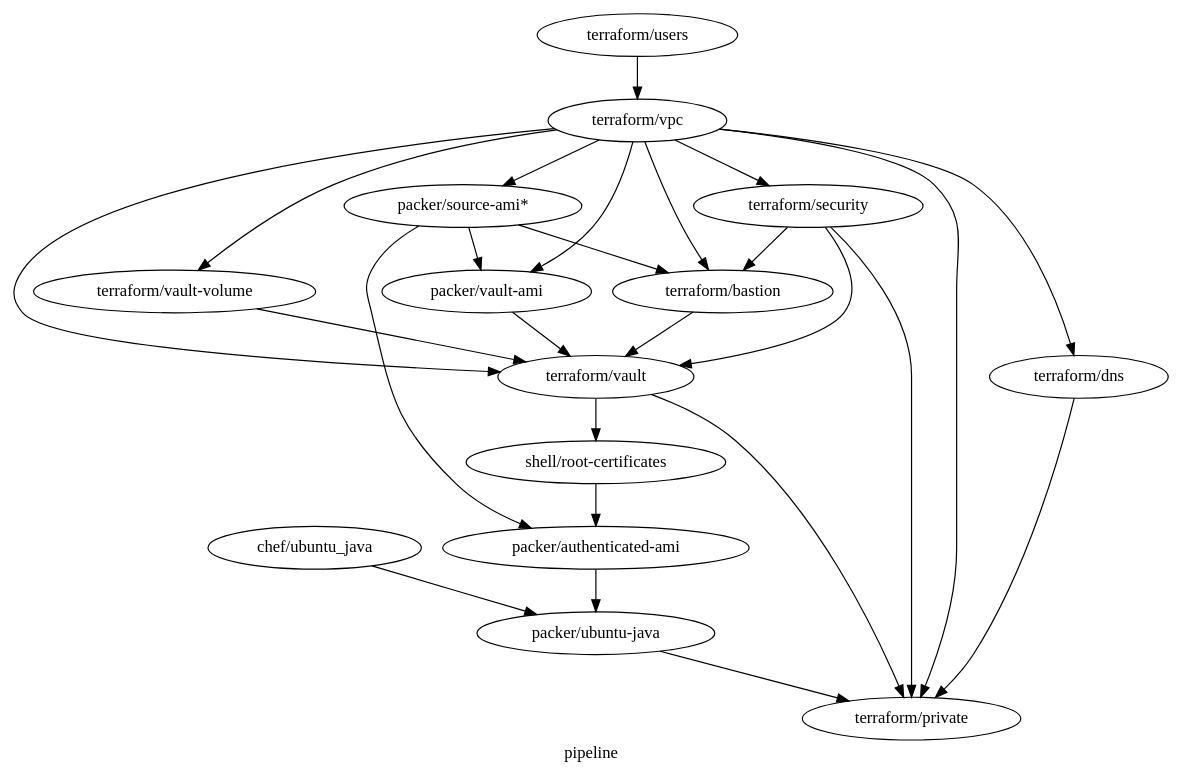
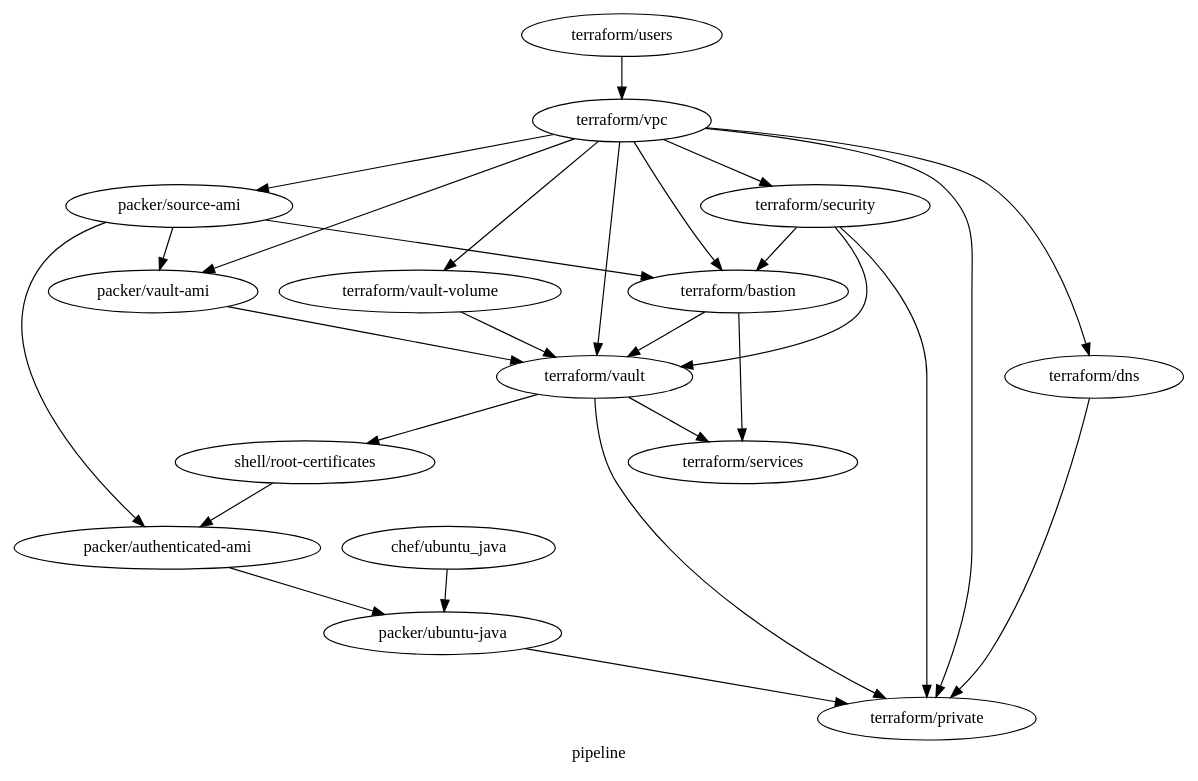
One commit to samsquire/mazzle-starter changed the diagram in architecture.dot. Above: the diagram before and after it, drawn with Graphviz. The commit also changed 16 other files, not shown here.

```diff
--- a/architecture.dot
+++ b/architecture.dot
@@ -1,70 +1,73 @@
 digraph G {
   label="pipeline";
 
 /* List your components */  
 "chef/ubuntu_java";
-"packer/source-ami*";
+"packer/source-ami";
 "packer/ubuntu-java";
 "terraform/vpc";
 "terraform/users";
 "terraform/bastion";
  "terraform/private"; 
 /* "terraform/repository"; */
 /* "terraform/repository-volume"; */
 "packer/vault-ami";
 "terraform/vault";
 "terraform/security";
+"terraform/services";
 "terraform/dns";
 "shell/root-certificates";
 "packer/authenticated-ami";
 
 /* List dependencies */
-"packer/source-ami*" -> "terraform/bastion";
+"packer/source-ami" -> "terraform/bastion";
 
 /* "terraform/vpc" -> "terraform/repository"; */
 /* "terraform/dns" -> "terraform/repository"; */
 /* "terraform/security" -> "terraform/repository"; */
 /* "terraform/repository" -> "packer/source-ami"; */
 
 "terraform/vpc" -> "terraform/dns";
  "terraform/vault" -> "terraform/private";
 /* "terraform/vpc" -> "terraform/repository-volume"; */
 /* "terraform/repository-volume" -> "terraform/repository"; */
 
+"terraform/vault" -> "terraform/services";
+"terraform/bastion" -> "terraform/services";
 
 "terraform/vpc" -> "terraform/vault-volume";
-"terraform/vpc" -> "packer/source-ami*";
+"terraform/vpc" -> "packer/source-ami";
 
 "terraform/vpc" -> "packer/vault-ami";
 "packer/vault-ami" -> "terraform/vault";
 
 "terraform/vault-volume" -> "terraform/vault";
 
-"packer/source-ami*" -> "packer/vault-ami";
+"packer/source-ami" -> "packer/vault-ami";
 
  "terraform/dns" -> "terraform/private";
 
 "terraform/security" -> "terraform/vault"
 "terraform/vpc" -> "terraform/vault";
 
 "terraform/security" -> "terraform/bastion";
  "terraform/security" -> "terraform/private"; 
 "terraform/vpc" -> "terraform/security";
 
 "chef/ubuntu_java" -> "packer/ubuntu-java";
 "terraform/users" -> "terraform/vpc"
 
 "terraform/vpc" ->"terraform/private";
 
 "terraform/vpc" -> "terraform/bastion";
 "terraform/vault" -> "shell/root-certificates";
 "terraform/bastion" -> "terraform/vault";
 
 "shell/root-certificates" -> "packer/authenticated-ami";
 
 "packer/ubuntu-java" -> "terraform/private";
 
-"packer/source-ami*" -> "packer/authenticated-ami";
+"packer/source-ami" -> "packer/authenticated-ami";
 "packer/authenticated-ami" -> "packer/ubuntu-java";
 
 }
```
